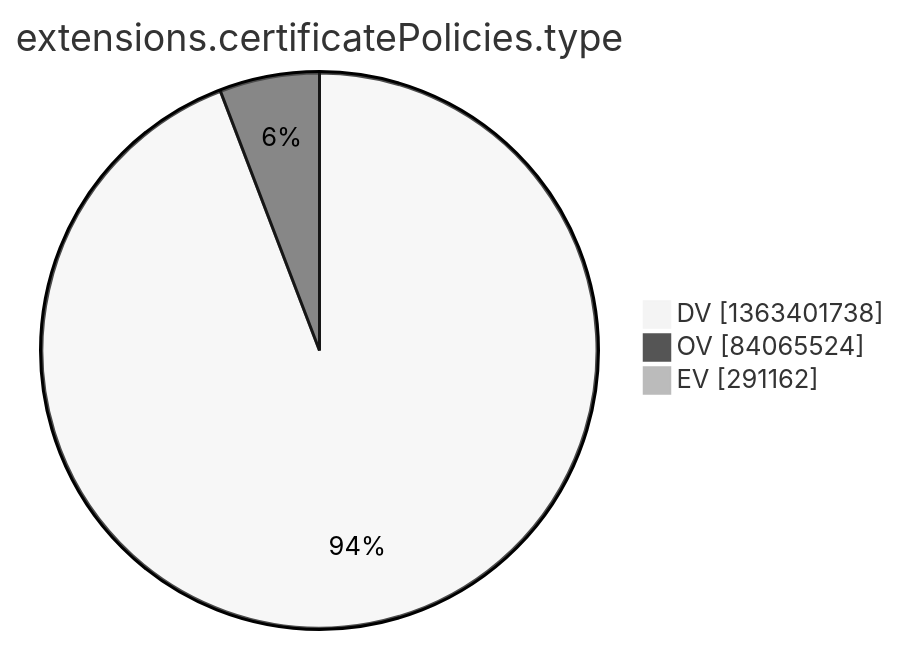
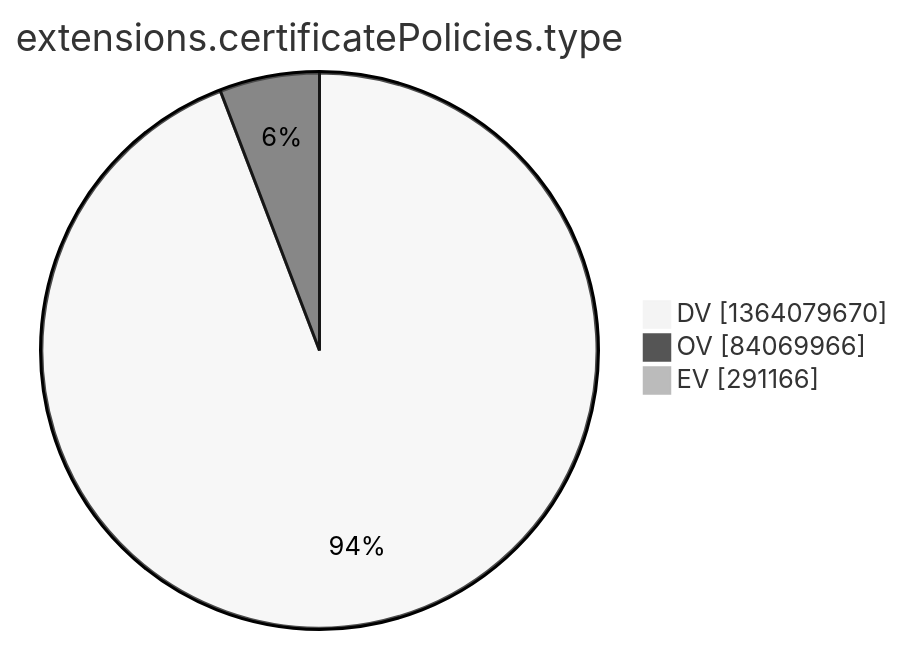
One commit to christiankrug/ctmonitor_visualization changed the tenth of 15 diagrams in argon2022/README.md. Above: the diagram before and after it, drawn with Mermaid (neutral theme). The commit also changed other lines of this file, not shown here.

````diff
--- a/argon2022/README.md
+++ b/argon2022/README.md
@@ -2773,7 +2773,7 @@
 ```mermaid
 pie showData
 title extensions.certificatePolicies.type
-"DV" :1363401738
-"OV" :84065524
-"EV" :291162
+"DV" :1364079670
+"OV" :84069966
+"EV" :291166
 ```
````
